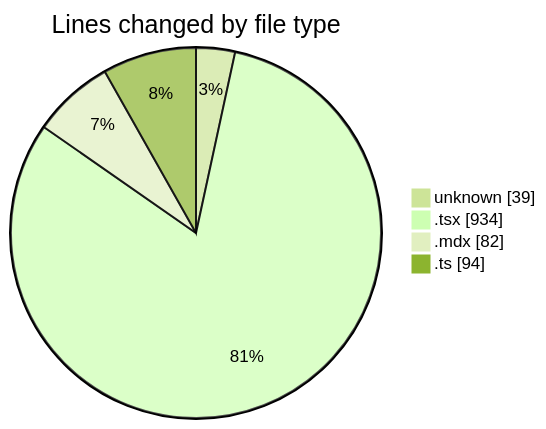
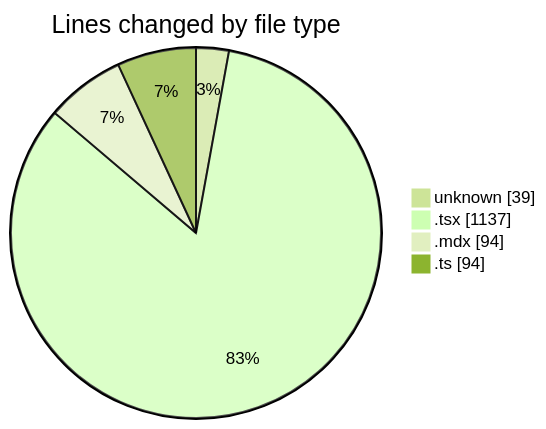
The first of 2 diagrams in 2025-05-24/elitesun/README.md (Elitesun/code-tracking), drawn with Mermaid (forest theme) before and after one commit. The commit also changed other lines of this file and 1 other file, not shown here.

````diff
--- a/2025-05-24/elitesun/README.md
+++ b/2025-05-24/elitesun/README.md
@@ -32,8 +33,8 @@
 ```mermaid
 pie showData
 title Lines changed by file type
 "unknown" : 39
-".tsx" : 934
-".mdx" : 82
+".tsx" : 1137
+".mdx" : 94
 ".ts" : 94
 ```
````
